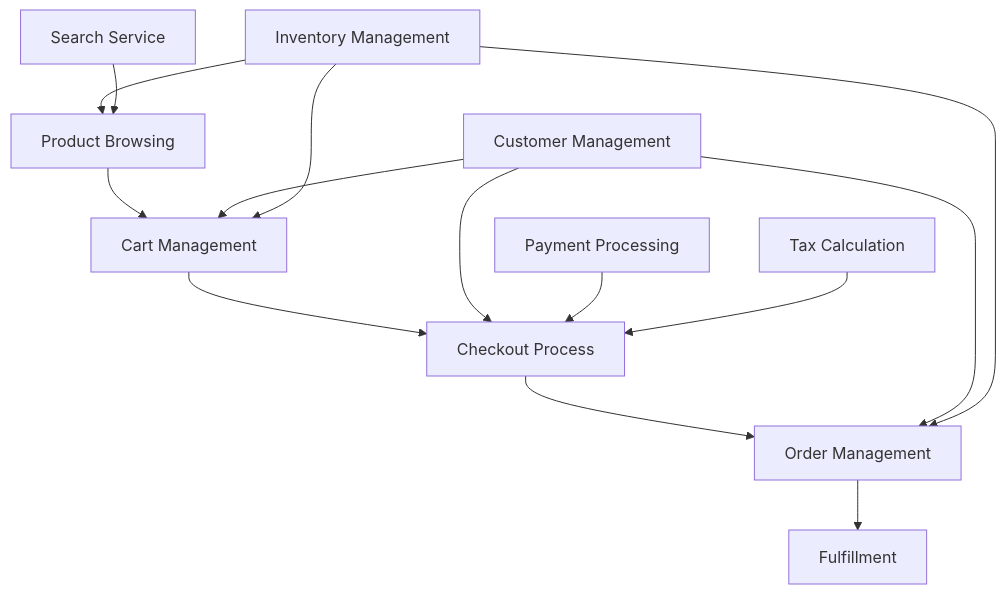
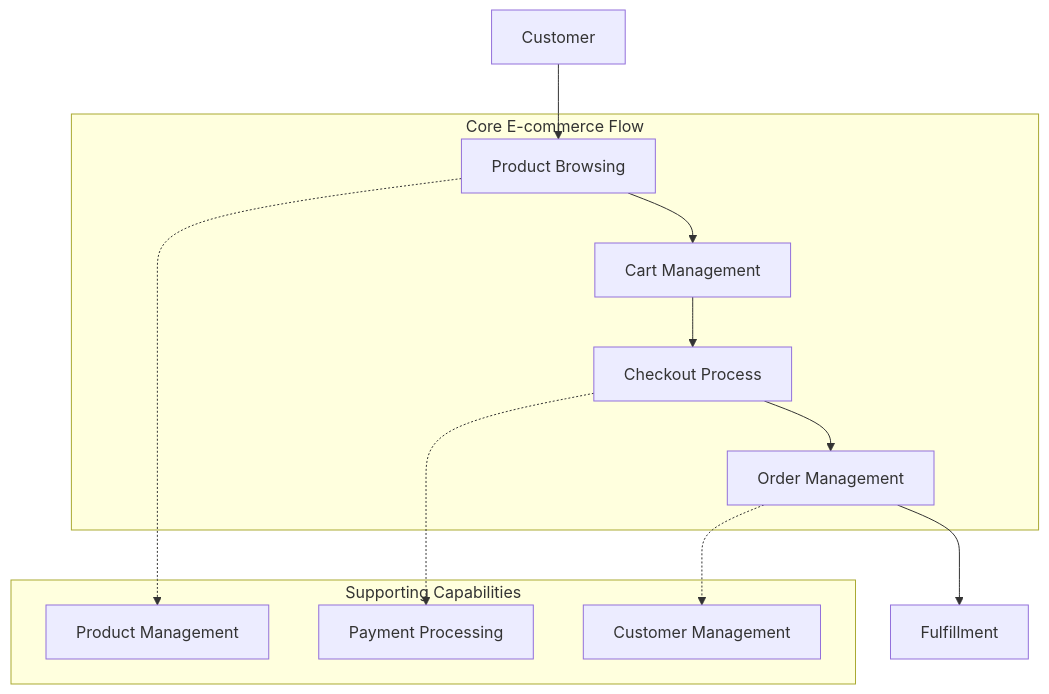
Before and after one commit to genval-ai/reference-ecommerce: the diagram in assessments/flow-framework/ecommerce-flow-framework-assessment.md, drawn with Mermaid. The commit also changed other lines of this file, not shown here.

Commit message:
Created a new Flow Framework assessment report for the e-commerce system

````diff
--- a/assessments/flow-framework/ecommerce-flow-framework-assessment.md
+++ b/assessments/flow-framework/ecommerce-flow-framework-assessment.md
@@ -210,16 +204,24 @@
 ```mermaid
 graph TD
-    A[Product Browsing] --> B[Cart Management]
-    B --> C[Checkout Process]
-    C --> D[Order Management]
-    D --> E[Fulfillment]
-    F[Customer Management] --> B
-    F --> C
-    F --> D
-    G[Inventory Management] --> A
-    G --> B
-    G --> D
-    H[Payment Processing] --> C
-    I[Tax Calculation] --> C
-    J[Search Service] --> A
+    A[Customer] --> B[Product Browsing]
+    B --> C[Cart Management]
+    C --> D[Checkout Process]
+    D --> E[Order Management]
+    E --> F[Fulfillment]
+    B -.-> G[Product Management]
+    D -.-> H[Payment Processing]
+    E -.-> I[Customer Management]
+    
+    subgraph "Core E-commerce Flow"
+        B
+        C
+        D
+        E
+    end
+    
+    subgraph "Supporting Capabilities"
+        G
+        H
+        I
+    end
 ```
````
